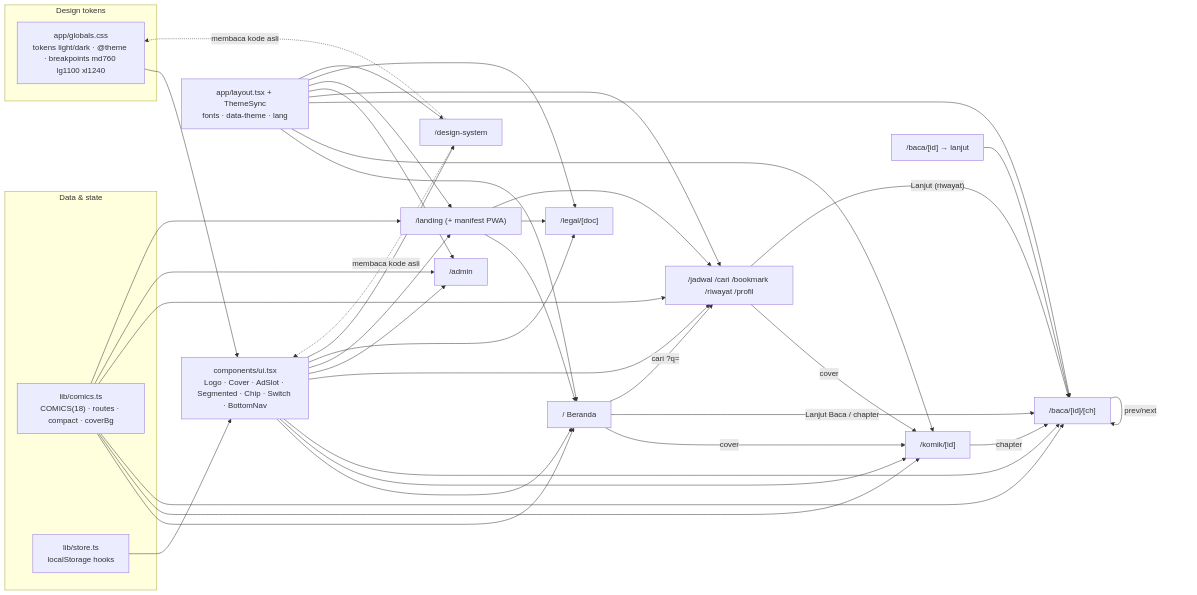
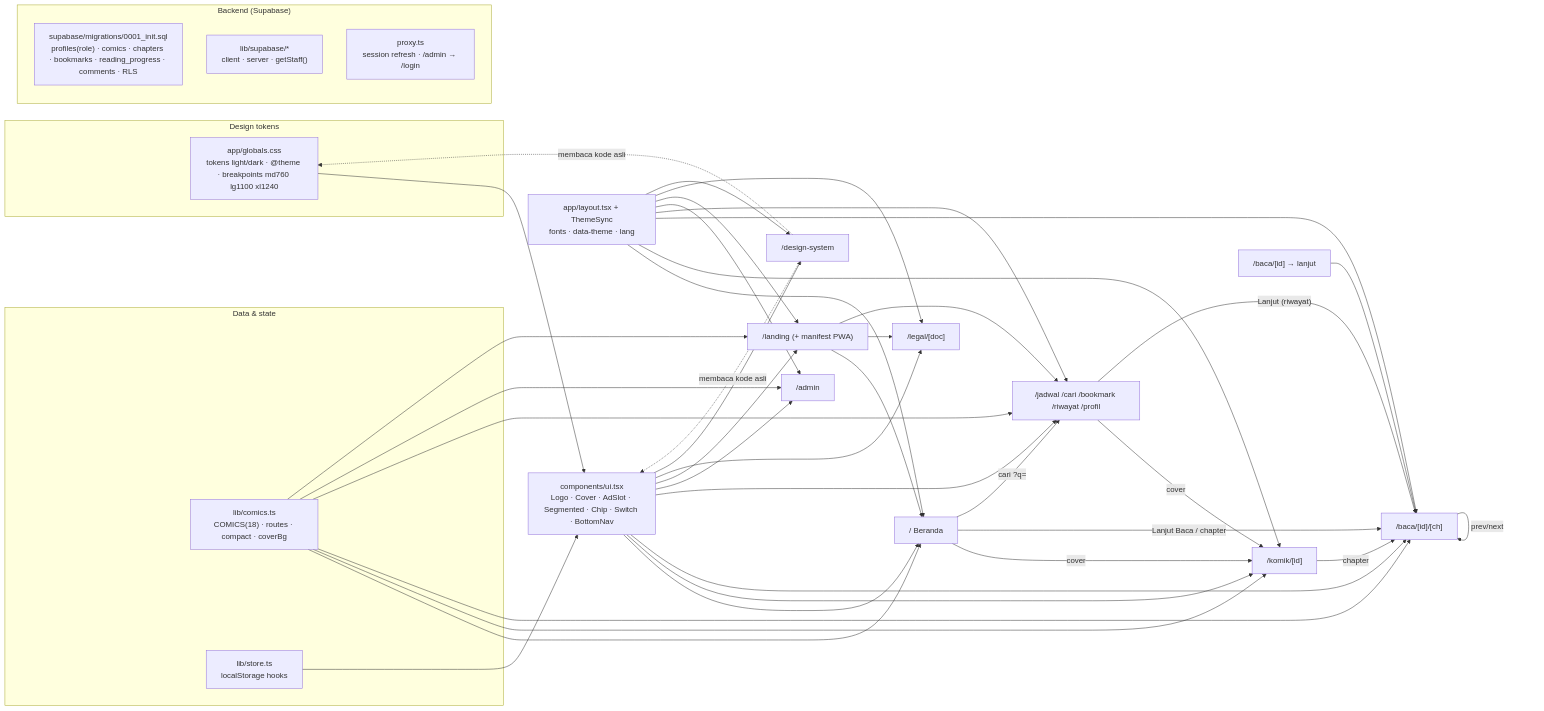
Before and after one commit to manusiaz/webkomik: the diagram in docs/knowledge-graph.md, drawn with Mermaid. The commit also changed other lines of this file and 12 other files, not shown here.

First line of the commit message:
Gate /admin behind Supabase auth and DB roles; add schema with RLS

````diff
--- a/docs/knowledge-graph.md
+++ b/docs/knowledge-graph.md
@@ -5,38 +5,43 @@
 ```mermaid
 graph LR
   subgraph Design["Design tokens"]
     CSS["app/globals.css<br/>tokens light/dark · @theme · breakpoints md760 lg1100 xl1240"]
   end
   subgraph Data["Data & state"]
     COMICS["lib/comics.ts<br/>COMICS(18) · routes · compact · coverBg"]
     STORE["lib/store.ts<br/>localStorage hooks"]
+  end
+  subgraph Backend["Backend (Supabase)"]
+    DB["supabase/migrations/0001_init.sql<br/>profiles(role) · comics · chapters · bookmarks · reading_progress · comments · RLS"]
+    SB["lib/supabase/*<br/>client · server · getStaff()"]
+    PROXY["proxy.ts<br/>session refresh · /admin → /login"]
   end
   UI["components/ui.tsx<br/>Logo · Cover · AdSlot · Segmented · Chip · Switch · BottomNav"]
   LAYOUT["app/layout.tsx + ThemeSync<br/>fonts · data-theme · lang"]
 
   HOME["/ Beranda"]
   DETAIL["/komik/[id]"]
   READER["/baca/[id]/[ch]"]
   RESUME["/baca/[id] → lanjut"]
   HAL["/jadwal /cari /bookmark /riwayat /profil"]
   ADMIN["/admin"]
   LAND["/landing (+ manifest PWA)"]
   LEGAL["/legal/[doc]"]
   DS["/design-system"]
 
   CSS --> UI --> HOME & DETAIL & READER & HAL & ADMIN & LAND & LEGAL & DS
   COMICS --> HOME & DETAIL & READER & HAL & ADMIN & LAND
   STORE --> UI
   LAYOUT --> HOME & DETAIL & READER & HAL & ADMIN & LAND & LEGAL & DS
 
   HOME -- cover --> DETAIL
   HOME -- "Lanjut Baca / chapter" --> READER
   HOME -- "cari ?q=" --> HAL
   DETAIL -- chapter --> READER
   READER -- prev/next --> READER
   RESUME --> READER
   HAL -- cover --> DETAIL
   HAL -- "Lanjut (riwayat)" --> READER
   LAND --> HOME & LEGAL & HAL
   DS -. "membaca kode asli" .-> CSS & UI
 ```
````
